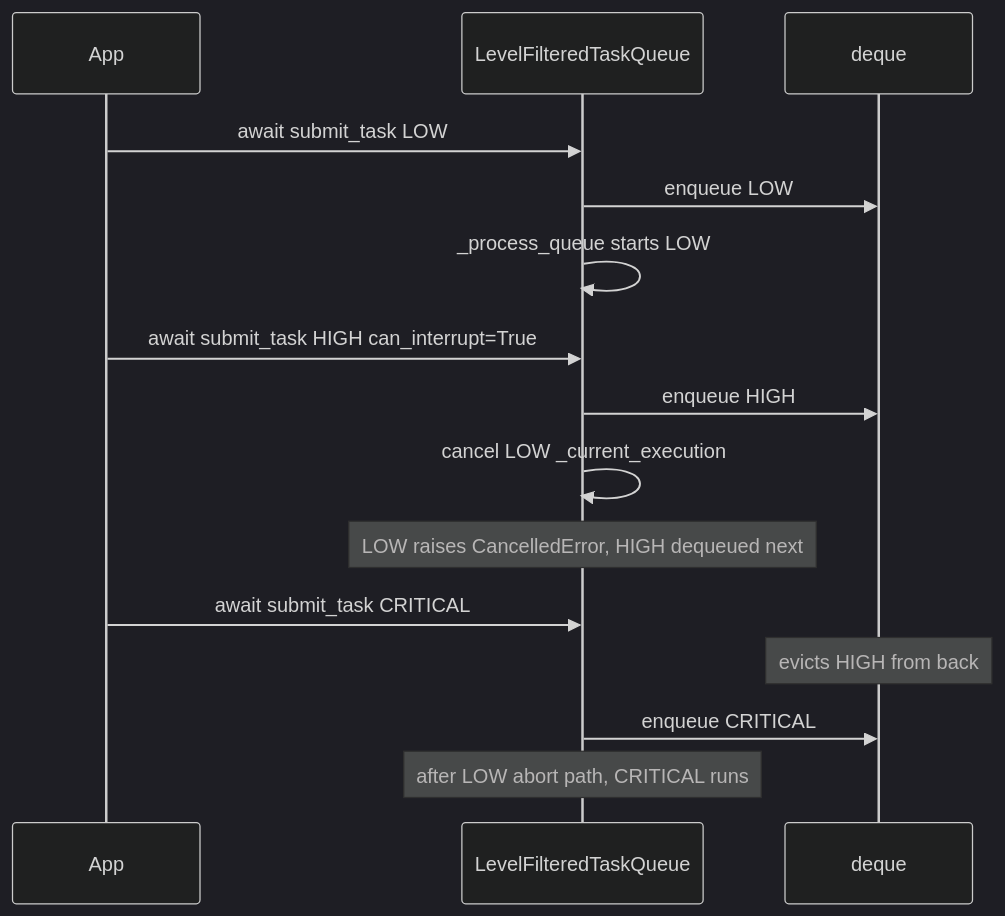
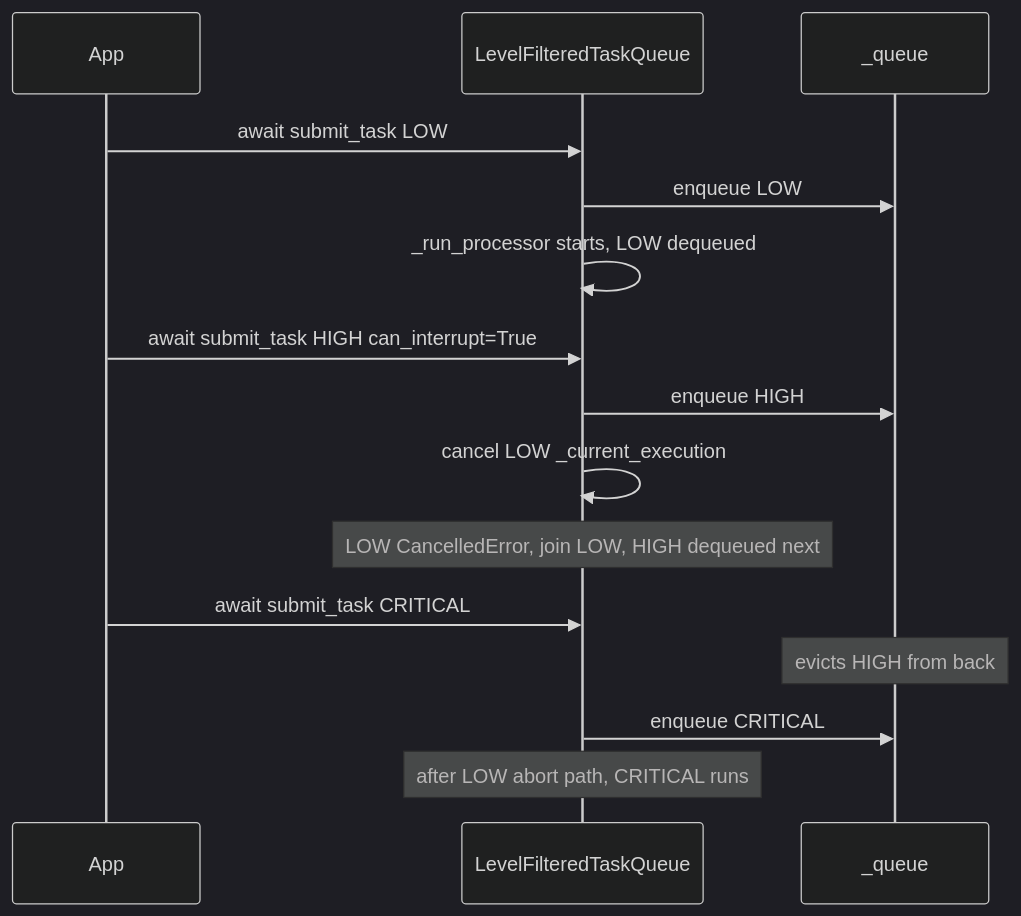
One commit to scoville/test_filter_queue changed the eighth of 9 diagrams in .cursor/plans/system_architecture_workflow_b2d79ca7.plan.md. Above: the diagram before and after it, drawn with Mermaid (dark theme). The commit also changed other lines of this file and 2 other files, not shown here.

````diff
--- a/.cursor/plans/system_architecture_workflow_b2d79ca7.plan.md
+++ b/.cursor/plans/system_architecture_workflow_b2d79ca7.plan.md
@@ -289,21 +345,21 @@
 ```mermaid
 sequenceDiagram
     participant App
     participant Queue as LevelFilteredTaskQueue
-    participant Deque as deque
+    participant Deque as _queue
 
     App->>Queue: await submit_task LOW
     Queue->>Deque: enqueue LOW
-    Queue->>Queue: _process_queue starts LOW
+    Queue->>Queue: _run_processor starts, LOW dequeued
 
     App->>Queue: await submit_task HIGH can_interrupt=True
     Queue->>Deque: enqueue HIGH
     Queue->>Queue: cancel LOW _current_execution
-    Note over Queue: LOW raises CancelledError, HIGH dequeued next
+    Note over Queue: LOW CancelledError, join LOW, HIGH dequeued next
 
     App->>Queue: await submit_task CRITICAL
     Note over Deque: evicts HIGH from back
     Queue->>Deque: enqueue CRITICAL
 
     Note over Queue: after LOW abort path, CRITICAL runs
 ```
````
